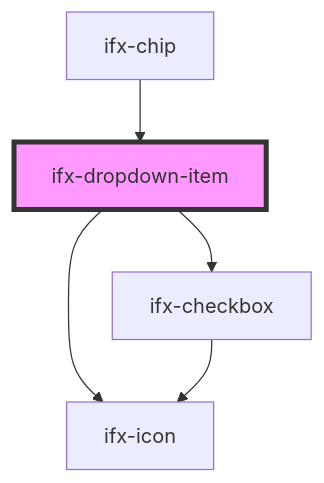
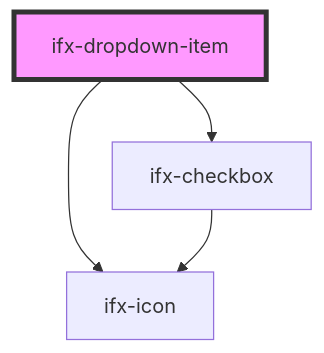
The diagram in packages/components/src/components/dropdown-item/readme.md (Infineon/infineon-design-system-stencil), drawn with Mermaid before and after one commit. The commit also changed other lines of this file and 2 other files, not shown here.

````diff
--- a/packages/components/src/components/dropdown-item/readme.md
+++ b/packages/components/src/components/dropdown-item/readme.md
@@ -39,8 +35,7 @@
 ```mermaid
 graph TD;
   ifx-dropdown-item --> ifx-checkbox
   ifx-dropdown-item --> ifx-icon
   ifx-checkbox --> ifx-icon
-  ifx-chip --> ifx-dropdown-item
   style ifx-dropdown-item fill:#f9f,stroke:#333,stroke-width:4px
 ```
````
